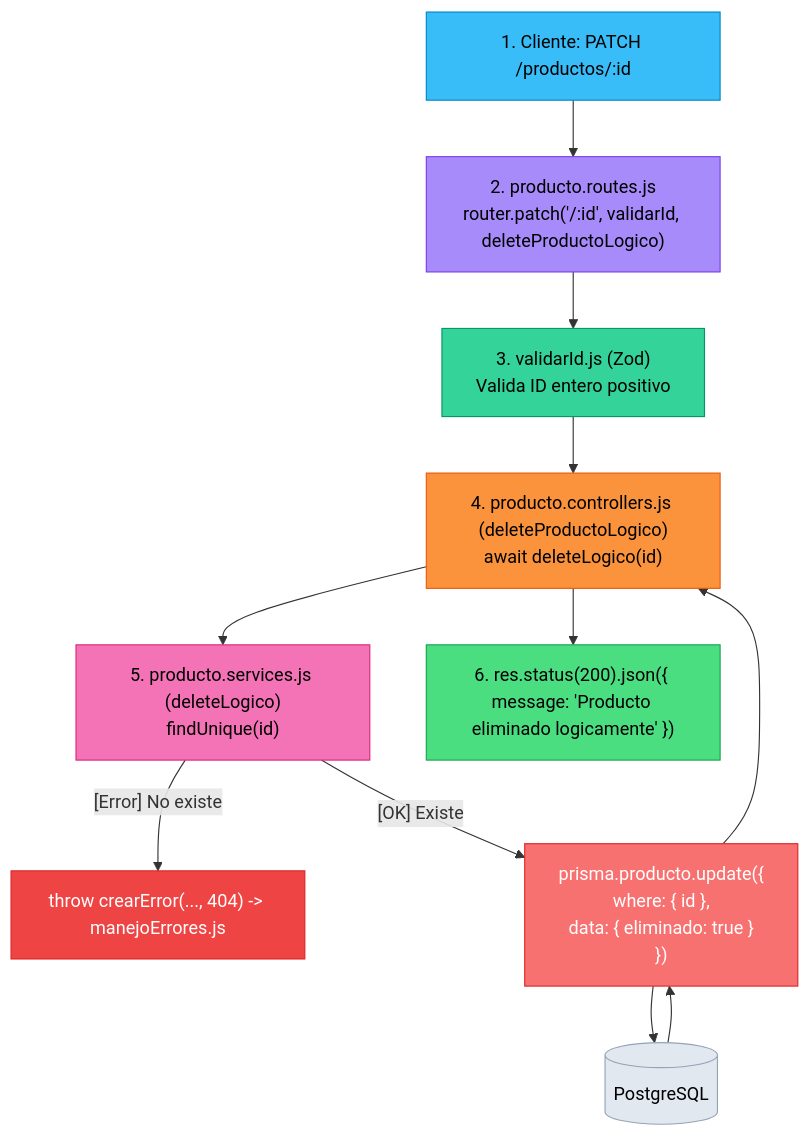
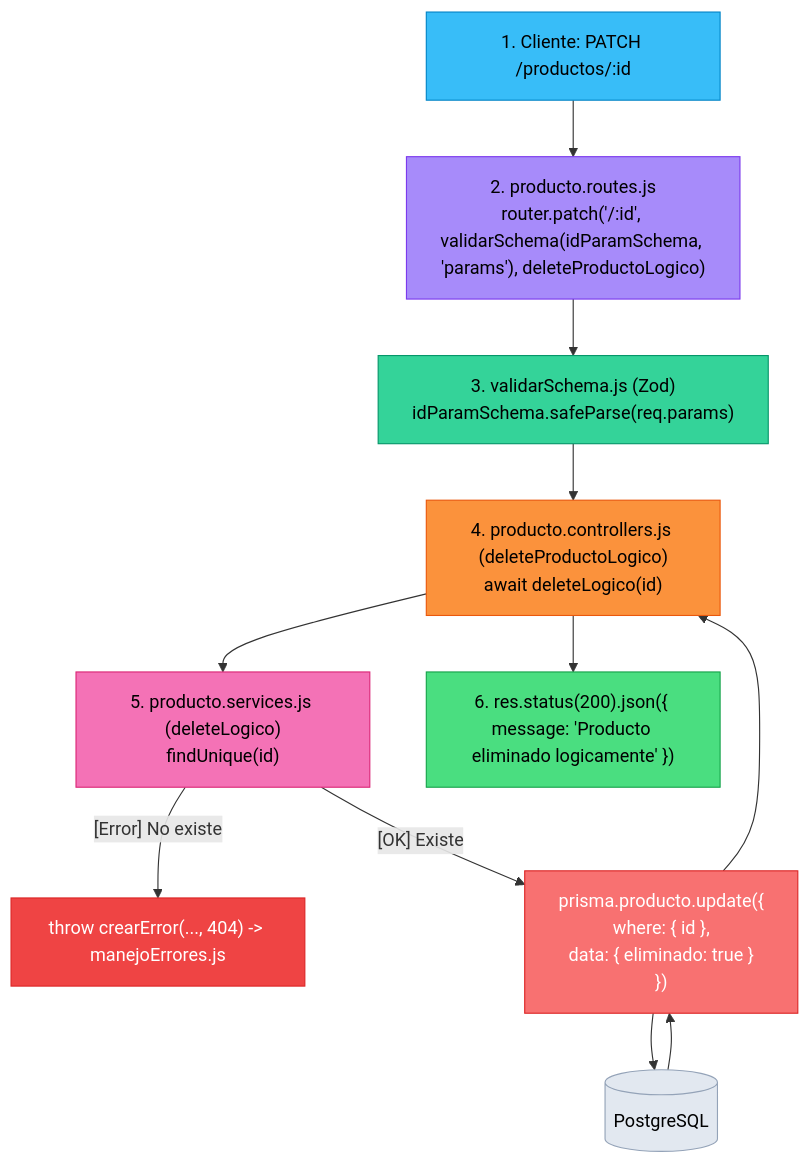
The fifth of 5 diagrams in documentacionPropia/flujoprograma.md (LeandroSoria24/Trabajo-de-Laboratorio-BACKEND-2026), drawn with Mermaid before and after one commit. The commit also changed other lines of this file and 14 other files, not shown here.

````diff
--- a/documentacionPropia/flujoprograma.md
+++ b/documentacionPropia/flujoprograma.md
@@ -225,23 +224,23 @@
 ```mermaid
 flowchart TD
-    A["1. Cliente: PATCH /productos/:id"] --> B["2. producto.routes.js\nrouter.patch('/:id', validarId, deleteProductoLogico)"]
-    B --> C["3. validarId.js (Zod)\nValida ID entero positivo"]
+    A["1. Cliente: PATCH /productos/:id"] --> B["2. producto.routes.js\nrouter.patch('/:id', validarSchema(idParamSchema, 'params'), deleteProductoLogico)"]
+    B --> C["3. validarSchema.js (Zod)\nidParamSchema.safeParse(req.params)"]
     C --> D["4. producto.controllers.js (deleteProductoLogico)\nawait deleteLogico(id)"]
     D --> E["5. producto.services.js (deleteLogico)\nfindUnique(id)"]
     E -->|"[Error] No existe"| F["throw crearError(..., 404) -> manejoErrores.js"]
     E -->|"[OK] Existe"| G["prisma.producto.update({\n  where: { id },\n  data: { eliminado: true }\n})"]
     G --> H[("PostgreSQL")]
     H --> G
     G --> D
     D --> I["6. res.status(200).json({ message: 'Producto eliminado logicamente' })"]
 
     style A fill:#38bdf8,stroke:#0284c7,color:#000
     style B fill:#a78bfa,stroke:#7c3aed,color:#000
     style C fill:#34d399,stroke:#059669,color:#000
     style D fill:#fb923c,stroke:#ea580c,color:#000
     style E fill:#f472b6,stroke:#db2777,color:#000
     style G fill:#f87171,stroke:#dc2626,color:#fff
     style H fill:#e2e8f0,stroke:#94a3b8,color:#000
     style I fill:#4ade80,stroke:#16a34a,color:#000
     style F fill:#ef4444,stroke:#dc2626,color:#fff
 ```
````
